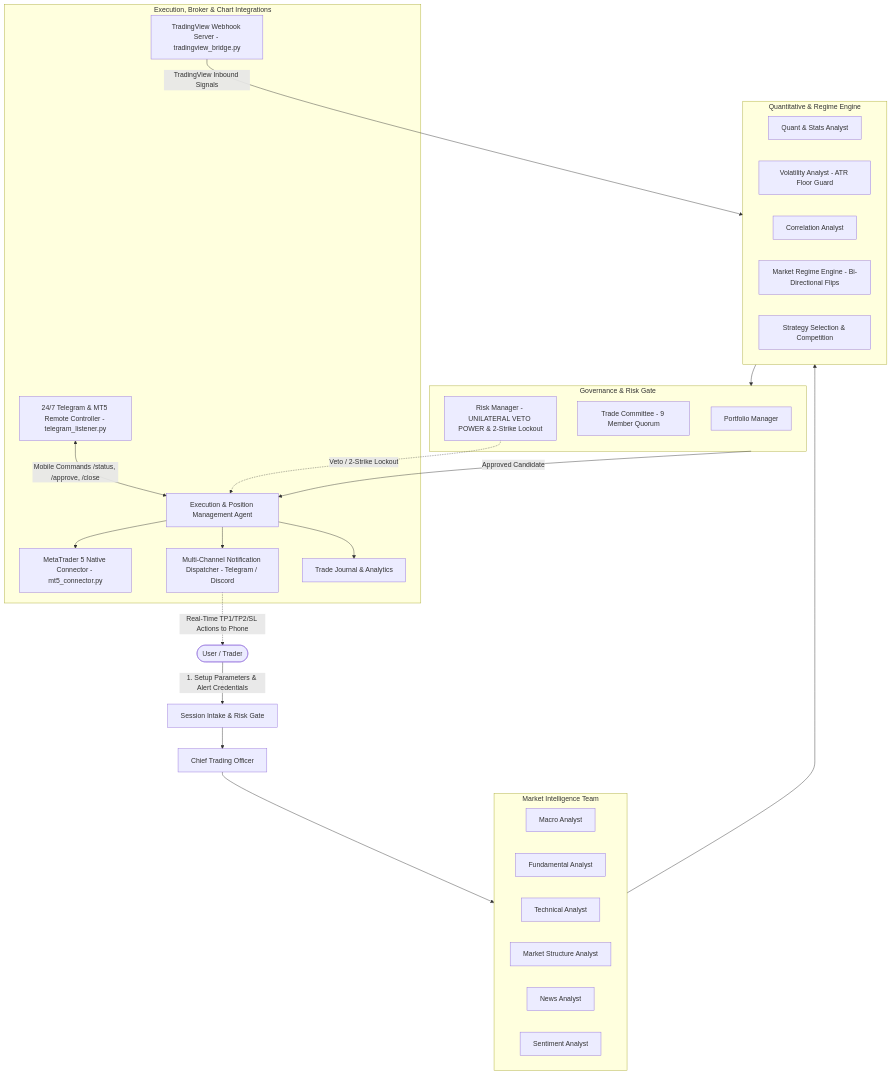
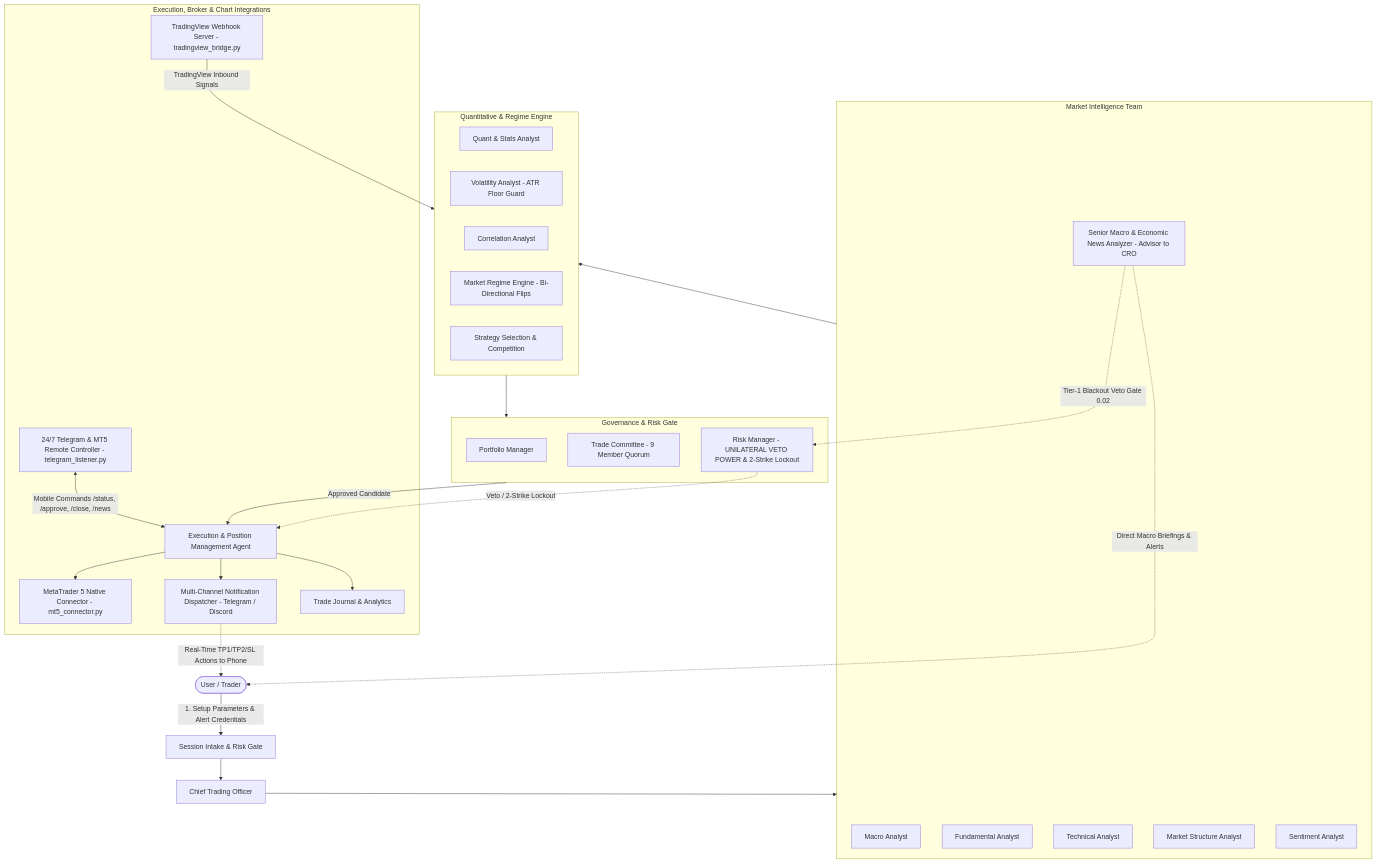
Before and after one commit to techwaves-egy/trading-team-skills: the diagram in SKILL.md, drawn with Mermaid. The commit also changed other lines of this file and 9 other files, not shown here.

Commit message:
feat(macro): add Senior Macro & Economic News Analyzer to advise CRO and enforce Gate 0.02 blackouts (v4.1.0)

````diff
--- a/SKILL.md
+++ b/SKILL.md
@@ -104,49 +106,51 @@
 ```mermaid
 flowchart TD
     User([User / Trader]) -->|1. Setup Parameters & Alert Credentials| Intake[Session Intake & Risk Gate]
     Intake --> CTO[Chief Trading Officer]
     
     subgraph MarketIntelligence [Market Intelligence Team]
         Macro[Macro Analyst]
         Fund[Fundamental Analyst]
         Tech[Technical Analyst]
         Struct[Market Structure Analyst]
-        News[News Analyst]
+        News[Senior Macro & Economic News Analyzer - Advisor to CRO]
         Sent[Sentiment Analyst]
     end
     
     subgraph QuantitativeEngine [Quantitative & Regime Engine]
         Quant[Quant & Stats Analyst]
         Vol[Volatility Analyst - ATR Floor Guard]
         Corr[Correlation Analyst]
         Regime[Market Regime Engine - Bi-Directional Flips]
         StrategyComp[Strategy Selection & Competition]
     end
     
     subgraph GovernanceRisk [Governance & Risk Gate]
         PM[Portfolio Manager]
         Committee[Trade Committee - 9 Member Quorum]
         RiskMgr[Risk Manager - UNILATERAL VETO POWER & 2-Strike Lockout]
     end
     
     subgraph ExecutionIntegrations [Execution, Broker & Chart Integrations]
         Exec[Execution & Position Management Agent]
         MT5[MetaTrader 5 Native Connector - mt5_connector.py]
         TVBridge[TradingView Webhook Server - tradingview_bridge.py]
         TgListener[24/7 Telegram & MT5 Remote Controller - telegram_listener.py]
         Alerts[Multi-Channel Notification Dispatcher - Telegram / Discord]
         Journal[Trade Journal & Analytics]
     end
 
     CTO --> MarketIntelligence
     MarketIntelligence --> QuantitativeEngine
     QuantitativeEngine --> GovernanceRisk
     GovernanceRisk -->|Approved Candidate| Exec
+    News -.->|Tier-1 Blackout Veto Gate 0.02| RiskMgr
+    News -.->|Direct Macro Briefings & Alerts| User
     TVBridge -->|TradingView Inbound Signals| QuantitativeEngine
-    TgListener <-->|Mobile Commands /status, /approve, /close| Exec
+    TgListener <-->|Mobile Commands /status, /approve, /close, /news| Exec
     Exec --> MT5
     Exec --> Alerts
     Alerts -.->|Real-Time TP1/TP2/SL Actions to Phone| User
     Exec --> Journal
     RiskMgr -.->|Veto / 2-Strike Lockout| Exec
 ```
````
